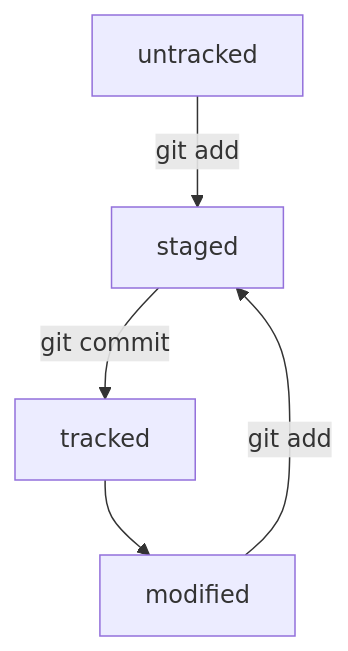
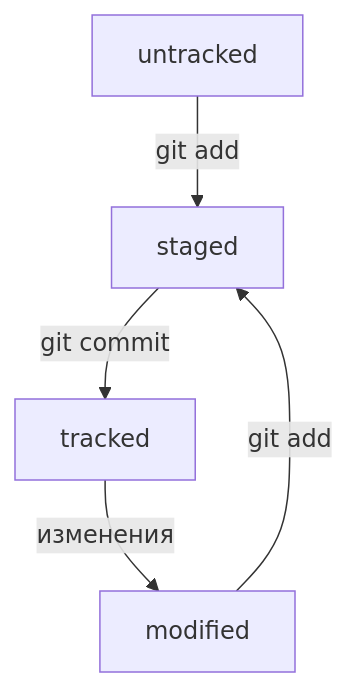
Before and after one commit to Natalijago/first-project: the diagram in README.md, drawn with Mermaid.

Commit message:
Исправить баг2 схемы mermaid с описанием статусов сменить связи блоков добавить описание изменения

````diff
--- a/README.md
+++ b/README.md
@@ -72,7 +72,7 @@
 ```mermaid
 flowchart TD;
 A[untracked] -- git add --> B[staged]
 C[modified] -- git add --> B
 B -- git commit --> D[tracked]
-D --> C
+D -- изменения --> C
 ```
````
